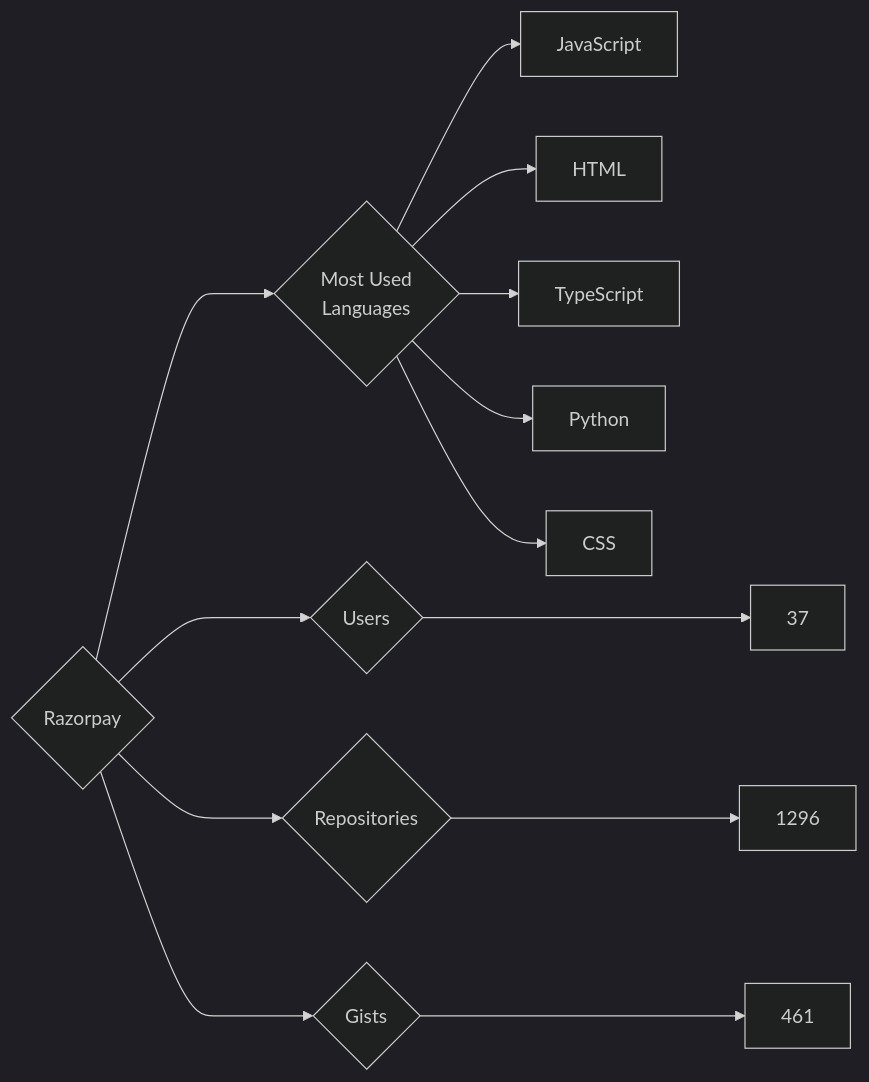
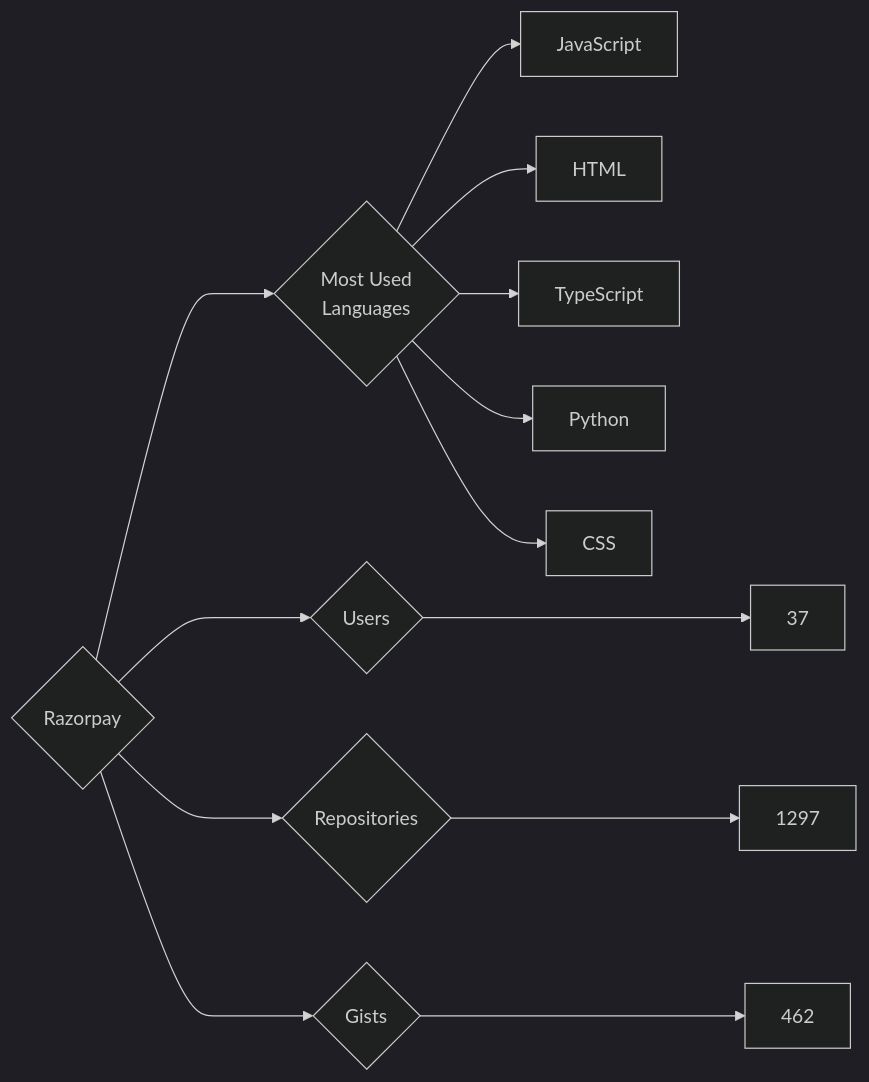
The diagram in targets/Razorpay/README.md (trickest/insiders), drawn with Mermaid (dark theme) before and after one commit. The commit also changed 797 other files, not shown here.

````diff
--- a/targets/Razorpay/README.md
+++ b/targets/Razorpay/README.md
@@ -3,13 +3,13 @@
 ```mermaid
 graph LR
 COMPANY_NAME{Razorpay}
 COMPANY_NAME ---> U{Users} ---> UN[37]
-COMPANY_NAME ---> R{Repositories} ---> RN[1296]
-COMPANY_NAME ---> G{Gists} ---> GN[461]
+COMPANY_NAME ---> R{Repositories} ---> RN[1297]
+COMPANY_NAME ---> G{Gists} ---> GN[462]
 COMPANY_NAME ---> ML{Most Used<br>Languages}
 ML --> JavaScript[JavaScript]
 ML --> HTML[HTML]
 ML --> TypeScript[TypeScript]
 ML --> Python[Python]
 ML --> CSS[CSS]
 ```
````
